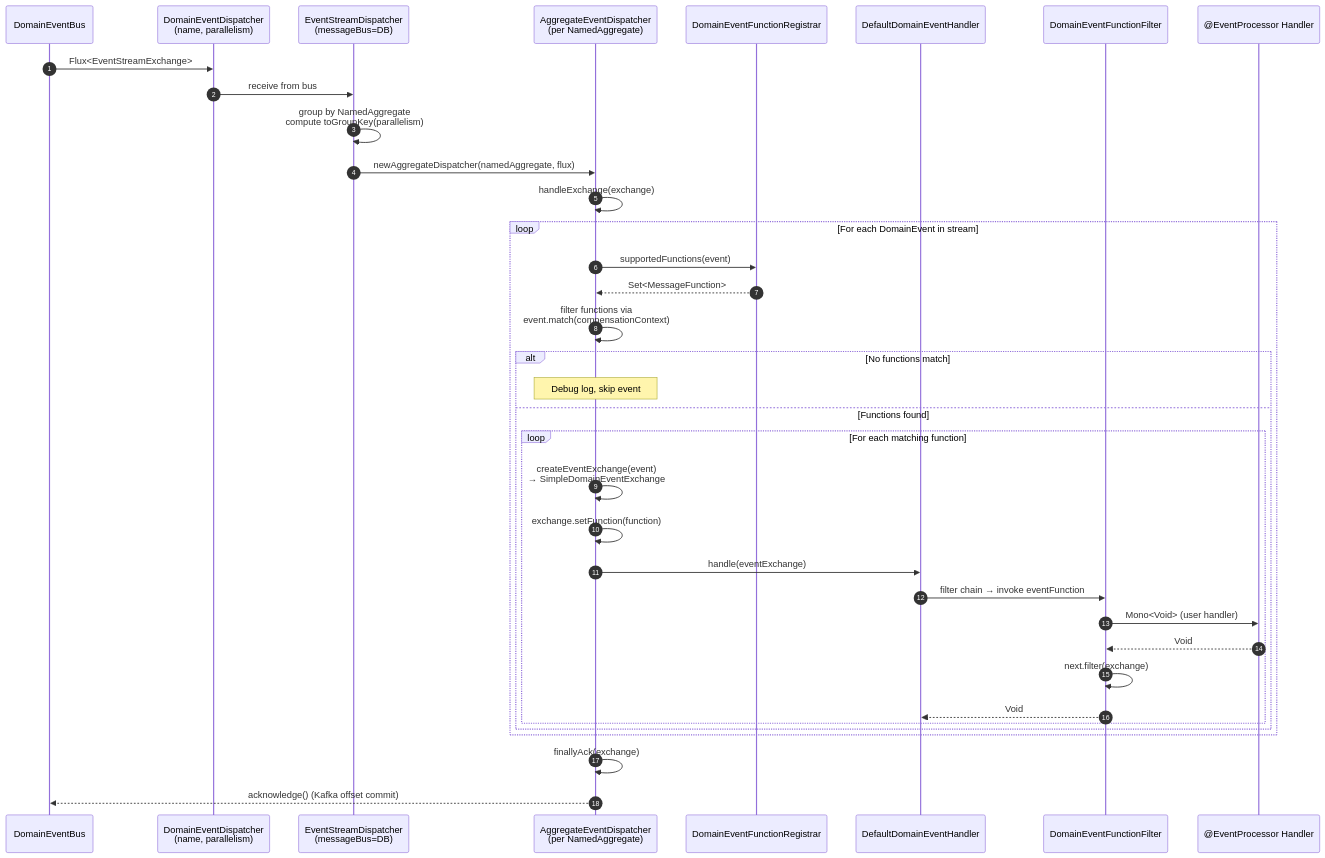
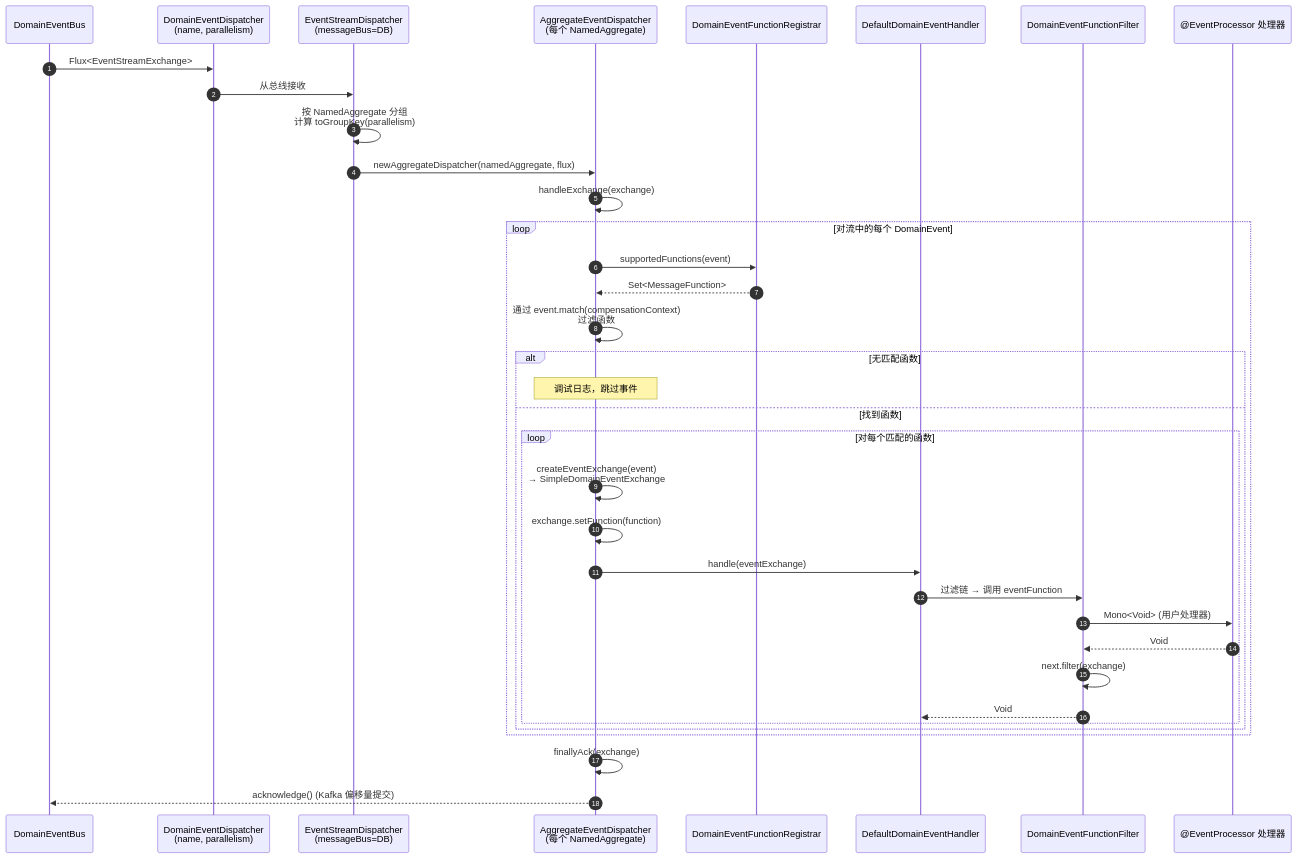
The fifth of 5 diagrams in documentation/docs/zh/guide/advanced/event-bus.md (Ahoo-Wang/Wow), drawn with Mermaid before and after one commit. The commit also changed other lines of this file and 11 other files, not shown here.

````diff
--- a/documentation/docs/zh/guide/advanced/event-bus.md
+++ b/documentation/docs/zh/guide/advanced/event-bus.md
@@ -319,42 +319,42 @@
 ```mermaid
 sequenceDiagram
     autonumber
     participant DB as DomainEventBus
     participant DED as DomainEventDispatcher<br>(name, parallelism)
     participant ESD as EventStreamDispatcher<br>(messageBus=DB)
-    participant AED as AggregateEventDispatcher<br>(per NamedAggregate)
+    participant AED as AggregateEventDispatcher<br>(每个 NamedAggregate)
     participant DFR as DomainEventFunctionRegistrar
     participant DEH as DefaultDomainEventHandler
     participant DFF as DomainEventFunctionFilter
-    participant EP as @EventProcessor Handler
+    participant EP as @EventProcessor 处理器
 
     DB->>DED: Flux<EventStreamExchange>
-    DED->>ESD: receive from bus
-    ESD->>ESD: group by NamedAggregate<br>compute toGroupKey(parallelism)
+    DED->>ESD: 从总线接收
+    ESD->>ESD: 按 NamedAggregate 分组<br>计算 toGroupKey(parallelism)
     ESD->>AED: newAggregateDispatcher(namedAggregate, flux)
 
     AED->>AED: handleExchange(exchange)
-    loop For each DomainEvent in stream
+    loop 对流中的每个 DomainEvent
         AED->>DFR: supportedFunctions(event)
         DFR-->>AED: Set<MessageFunction>
 
-        AED->>AED: filter functions via<br>event.match(compensationContext)
+        AED->>AED: 通过 event.match(compensationContext)<br>过滤函数
 
-        alt No functions match
-            Note over AED: Debug log, skip event
-        else Functions found
-            loop For each matching function
+        alt 无匹配函数
+            Note over AED: 调试日志，跳过事件
+        else 找到函数
+            loop 对每个匹配的函数
                 AED->>AED: createEventExchange(event)<br>→ SimpleDomainEventExchange
                 AED->>AED: exchange.setFunction(function)
                 AED->>DEH: handle(eventExchange)
-                DEH->>DFF: filter chain → invoke eventFunction
-                DFF->>EP: Mono<Void> (user handler)
+                DEH->>DFF: 过滤链 → 调用 eventFunction
+                DFF->>EP: Mono<Void> (用户处理器)
                 EP-->>DFF: Void
                 DFF->>DFF: next.filter(exchange)
                 DFF-->>DEH: Void
             end
         end
     end
     AED->>AED: finallyAck(exchange)
-    AED-->>DB: acknowledge() (Kafka offset commit)
+    AED-->>DB: acknowledge() (Kafka 偏移量提交)
 ```
````
